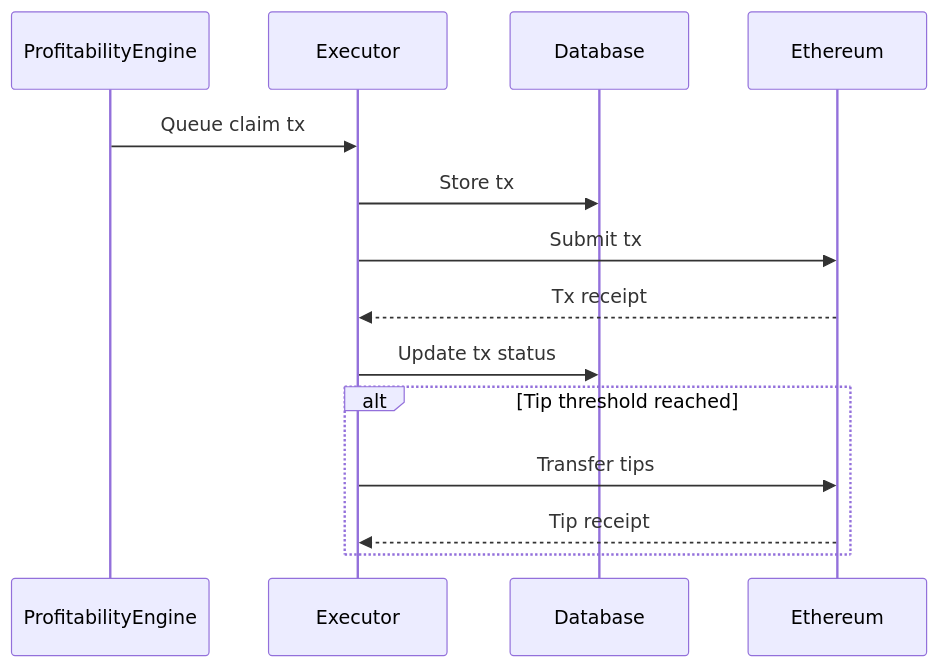
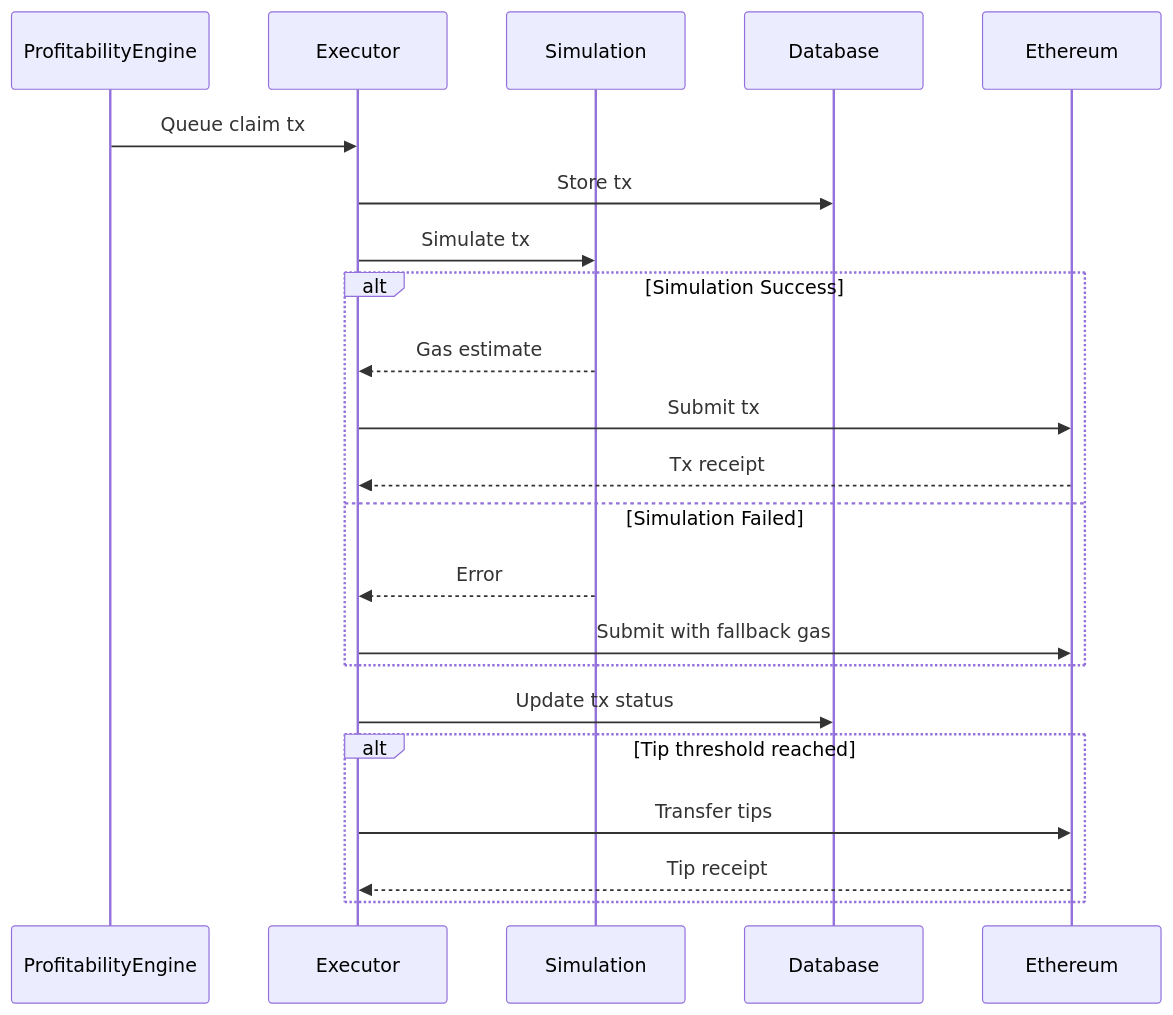
Before and after one commit to ScopeLift/staker-bots: the second of 2 diagrams in src/executor/README.md, drawn with Mermaid. The commit also changed other lines of this file and 14 other files, not shown here.

````diff
--- a/src/executor/README.md
+++ b/src/executor/README.md
@@ -133,17 +151,25 @@
 ```mermaid
 sequenceDiagram
     participant ProfitabilityEngine
     participant Executor
+    participant Simulation
     participant Database
     participant Ethereum
 
     ProfitabilityEngine->>Executor: Queue claim tx
     Executor->>Database: Store tx
-    Executor->>Ethereum: Submit tx
-    Ethereum-->>Executor: Tx receipt
+    Executor->>Simulation: Simulate tx
+    alt Simulation Success
+        Simulation-->>Executor: Gas estimate
+        Executor->>Ethereum: Submit tx
+        Ethereum-->>Executor: Tx receipt
+    else Simulation Failed
+        Simulation-->>Executor: Error
+        Executor->>Ethereum: Submit with fallback gas
+    end
     Executor->>Database: Update tx status
     alt Tip threshold reached
         Executor->>Ethereum: Transfer tips
         Ethereum-->>Executor: Tip receipt
     end
 ```
````
